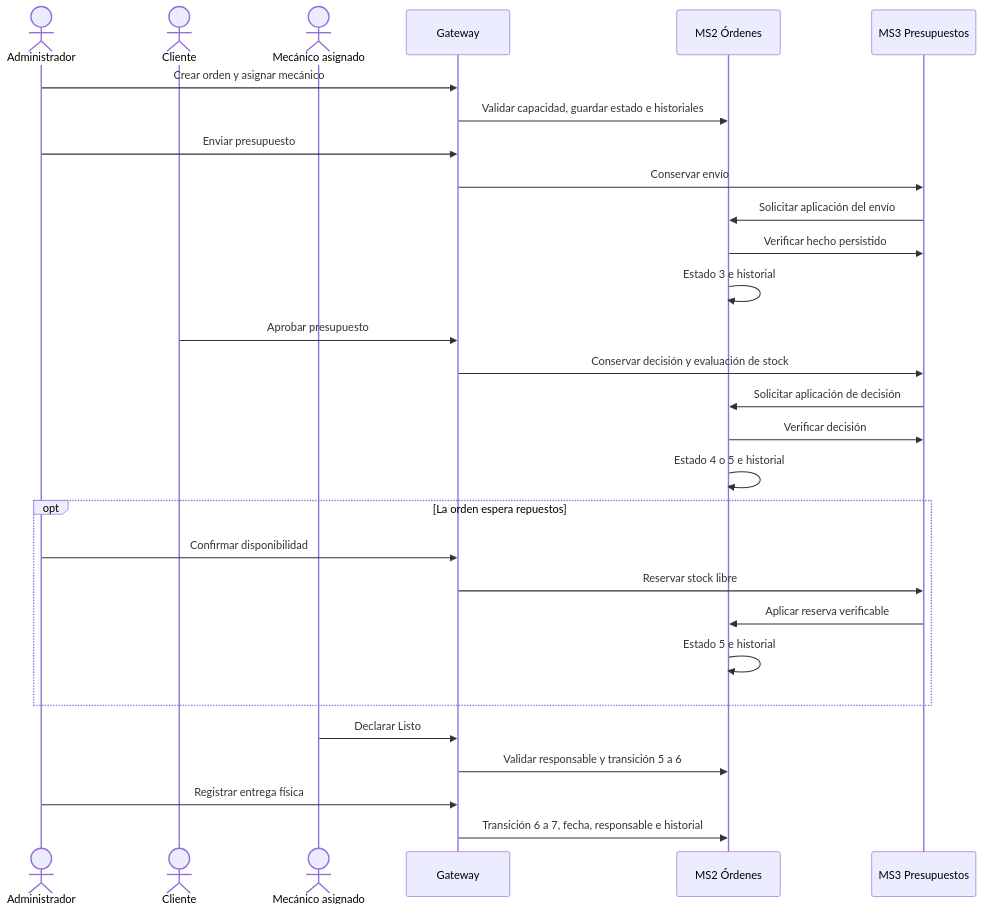
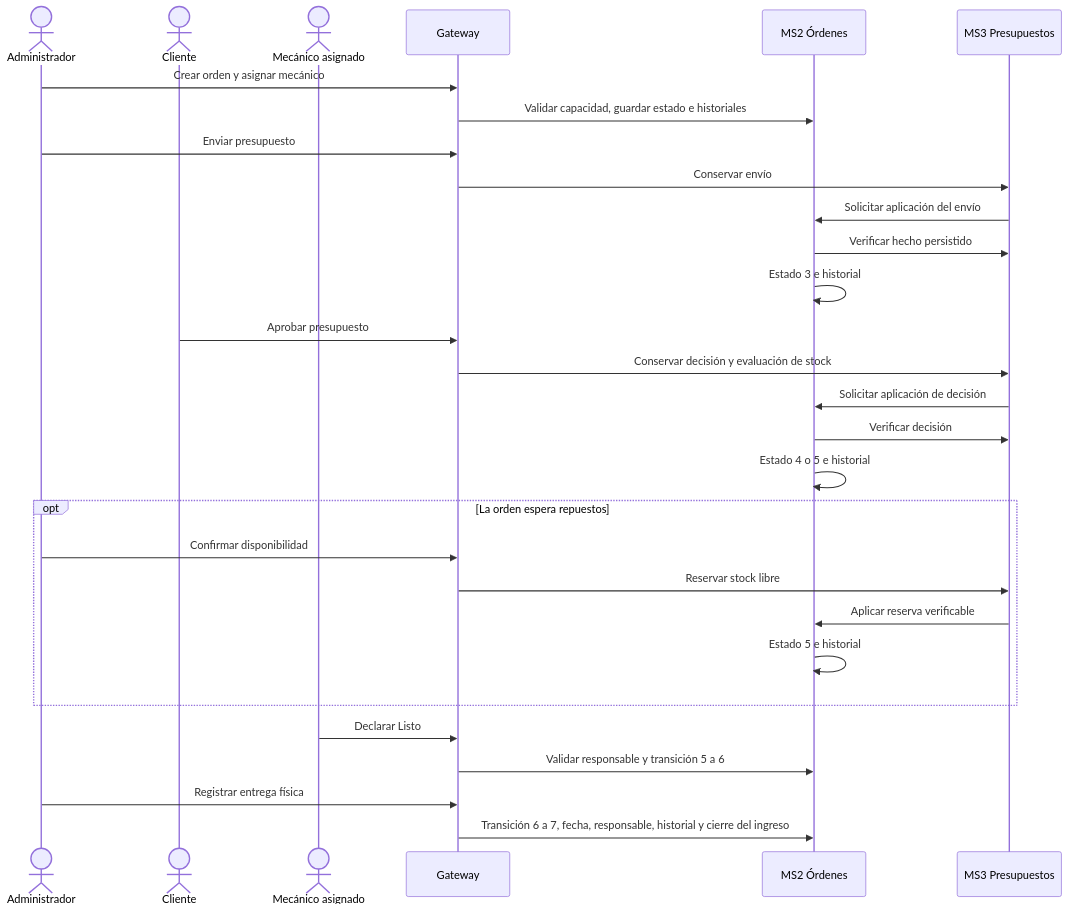
One commit to Vncmk78/Taller_mecanico_sistematizado changed the first of 2 diagrams in backend/docs/ciclo-completo-orden.md. Above: the diagram before and after it, drawn with Mermaid. The commit also changed other lines of this file and 4 other files, not shown here.

````diff
--- a/backend/docs/ciclo-completo-orden.md
+++ b/backend/docs/ciclo-completo-orden.md
@@ -54,31 +54,31 @@
 ```mermaid
 sequenceDiagram
     actor A as Administrador
     actor C as Cliente
     actor M as Mecánico asignado
     participant G as Gateway
     participant O as MS2 Órdenes
     participant P as MS3 Presupuestos
     A->>G: Crear orden y asignar mecánico
     G->>O: Validar capacidad, guardar estado e historiales
     A->>G: Enviar presupuesto
     G->>P: Conservar envío
     P->>O: Solicitar aplicación del envío
     O->>P: Verificar hecho persistido
     O->>O: Estado 3 e historial
     C->>G: Aprobar presupuesto
     G->>P: Conservar decisión y evaluación de stock
     P->>O: Solicitar aplicación de decisión
     O->>P: Verificar decisión
     O->>O: Estado 4 o 5 e historial
     opt La orden espera repuestos
         A->>G: Confirmar disponibilidad
         G->>P: Reservar stock libre
         P->>O: Aplicar reserva verificable
         O->>O: Estado 5 e historial
     end
     M->>G: Declarar Listo
     G->>O: Validar responsable y transición 5 a 6
     A->>G: Registrar entrega física
-    G->>O: Transición 6 a 7, fecha, responsable e historial
+    G->>O: Transición 6 a 7, fecha, responsable, historial y cierre del ingreso
 ```
````
